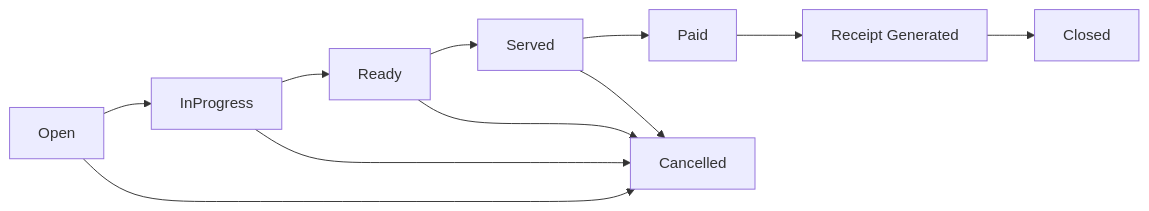
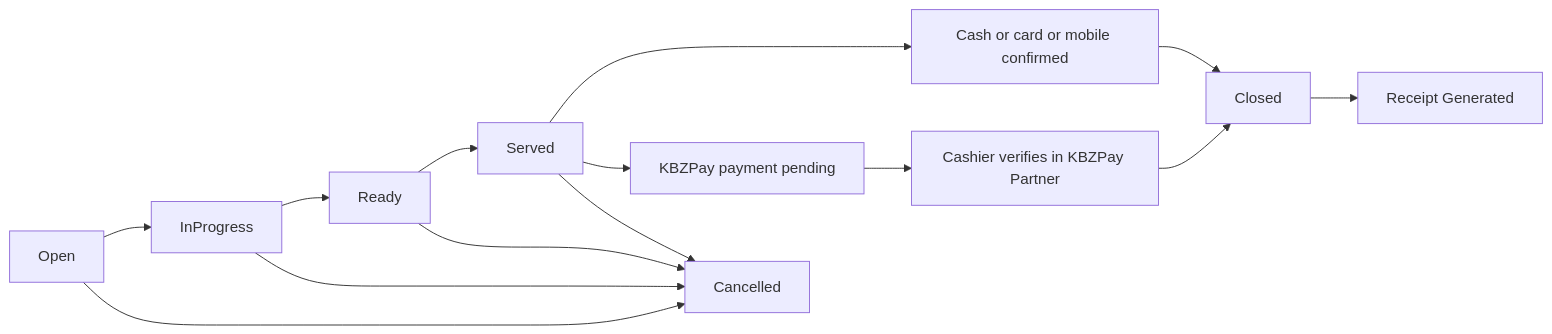
Before and after one commit to Eulean/POSFORRESTURANT: the first of 6 diagrams in README.md, drawn with Mermaid. The commit also changed other lines of this file and 12 other files, not shown here.

````diff
--- a/README.md
+++ b/README.md
@@ -41,13 +41,16 @@
 ```mermaid
 flowchart LR
   A[Open] --> B[InProgress]
   B --> C[Ready]
   C --> D[Served]
-  D --> E[Paid]
-  E --> R[Receipt Generated]
-  R --> F[Closed]
+  D --> P[Cash or card or mobile confirmed]
+  D --> K[KBZPay payment pending]
+  K --> V[Cashier verifies in KBZPay Partner]
+  P --> F[Closed]
+  V --> F
+  F --> R[Receipt Generated]
   A --> X[Cancelled]
   B --> X
   C --> X
   D --> X
 ```
````
